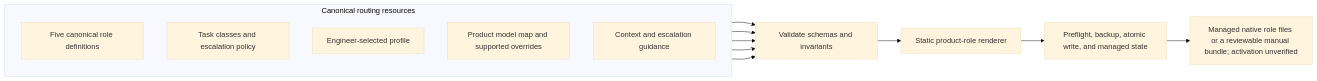
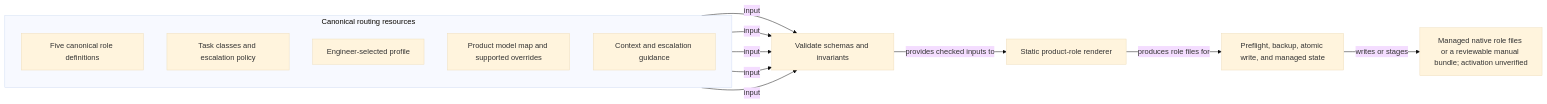
The first of 2 diagrams in docs/routing-and-cost.md (ZarrenSpryXplor/ai-engineering-guardrails), drawn with Mermaid (base theme) before and after one commit. The commit also changed other lines of this file and 13 other files, not shown here.

Commit message:
Apply diagramming skill to project.

````diff
--- a/docs/routing-and-cost.md
+++ b/docs/routing-and-cost.md
@@ -31,25 +33,25 @@
 ```mermaid
 flowchart LR
     subgraph sources["Canonical routing resources"]
         direction TB
         roles["Five canonical role definitions"]
         tasks["Task classes and escalation policy"]
         profile["Engineer-selected profile"]
         maps["Product model map and supported overrides"]
         guidance["Context and escalation guidance"]
     end
 
     validate["Validate schemas and invariants"]
     render["Static product-role renderer"]
     installer["Preflight, backup, atomic write, and managed state"]
     native["Managed native role files or a reviewable manual bundle; activation unverified"]
 
-    roles --> validate
-    tasks --> validate
-    profile --> validate
-    maps --> validate
-    guidance --> validate
-    validate --> render
-    render --> installer
-    installer --> native
+    roles -->|input| validate
+    tasks -->|input| validate
+    profile -->|input| validate
+    maps -->|input| validate
+    guidance -->|input| validate
+    validate -->|provides checked inputs to| render
+    render -->|produces role files for| installer
+    installer -->|writes or stages| native
 ```
````
